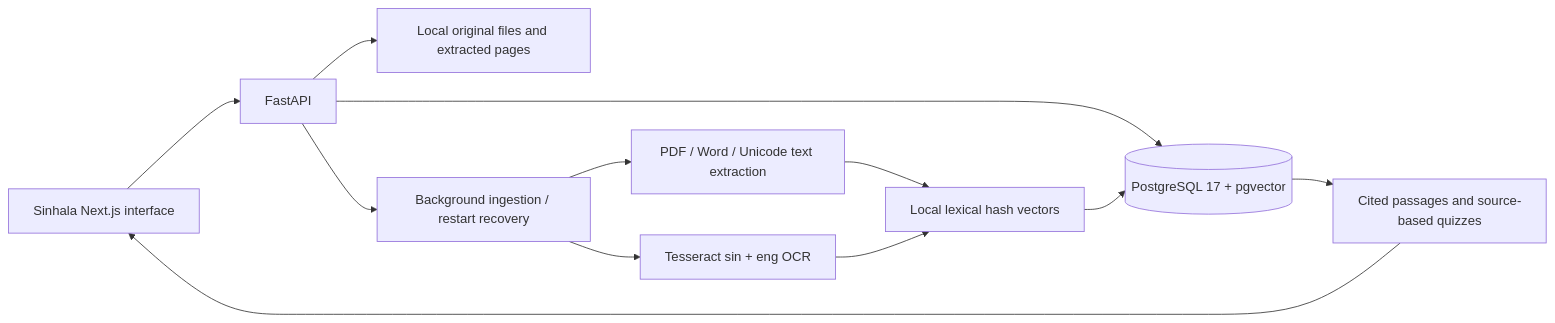
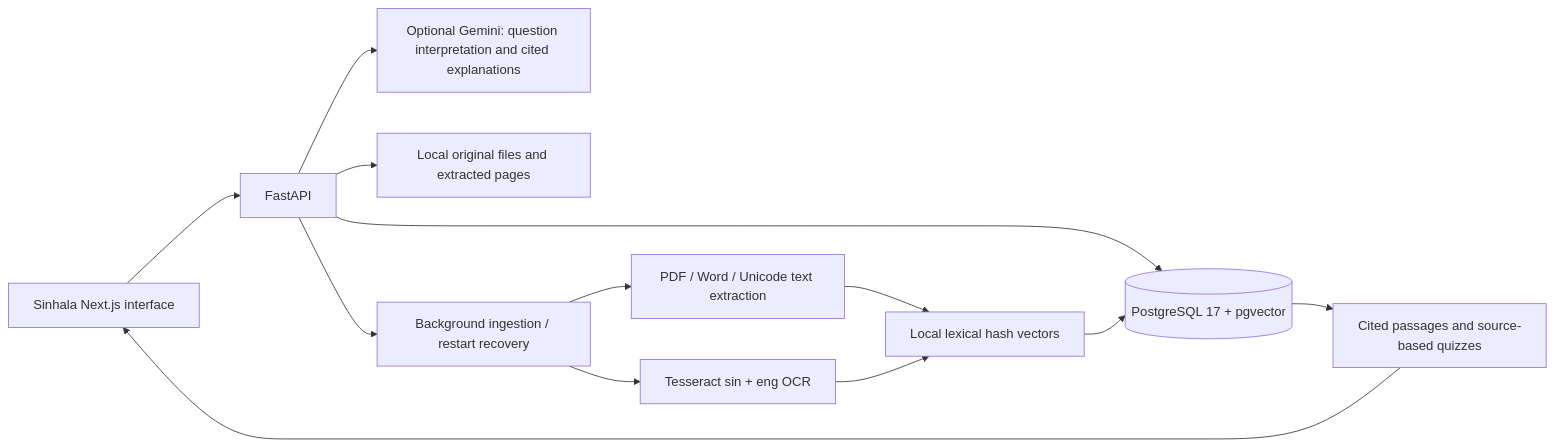
The diagram in README.md (deshandinidu2001/sinhala-study-assistant), drawn with Mermaid before and after one commit. The commit also changed other lines of this file and 11 other files, not shown here.

````diff
--- a/README.md
+++ b/README.md
@@ -38,14 +59,15 @@
 ```mermaid
 flowchart LR
     Browser[Sinhala Next.js interface] --> API[FastAPI]
+    API --> Gemini[Optional Gemini: question interpretation and cited explanations]
     API --> Database[(PostgreSQL 17 + pgvector)]
     API --> Storage[Local original files and extracted pages]
     API --> Worker[Background ingestion / restart recovery]
     Worker --> Extract[PDF / Word / Unicode text extraction]
     Worker --> OCR[Tesseract sin + eng OCR]
     Extract --> Index[Local lexical hash vectors]
     OCR --> Index
     Index --> Database
     Database --> Sources[Cited passages and source-based quizzes]
     Sources --> Browser
 ```
````
